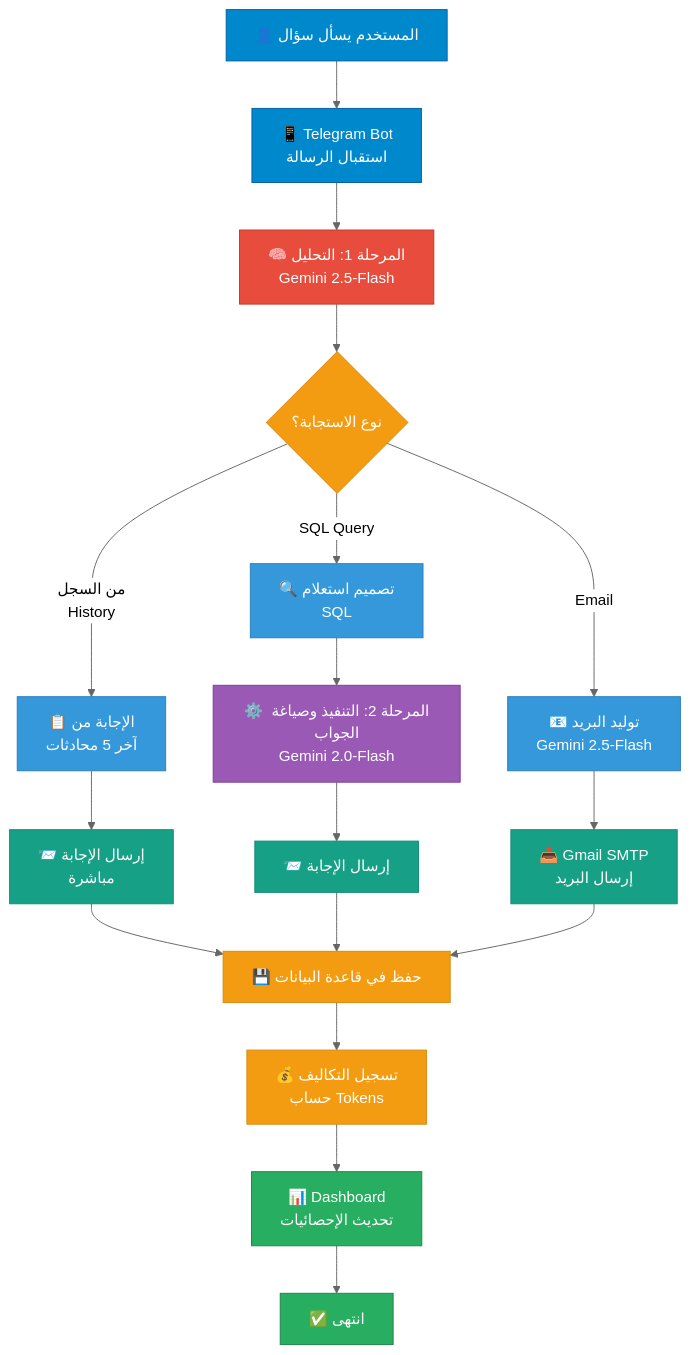
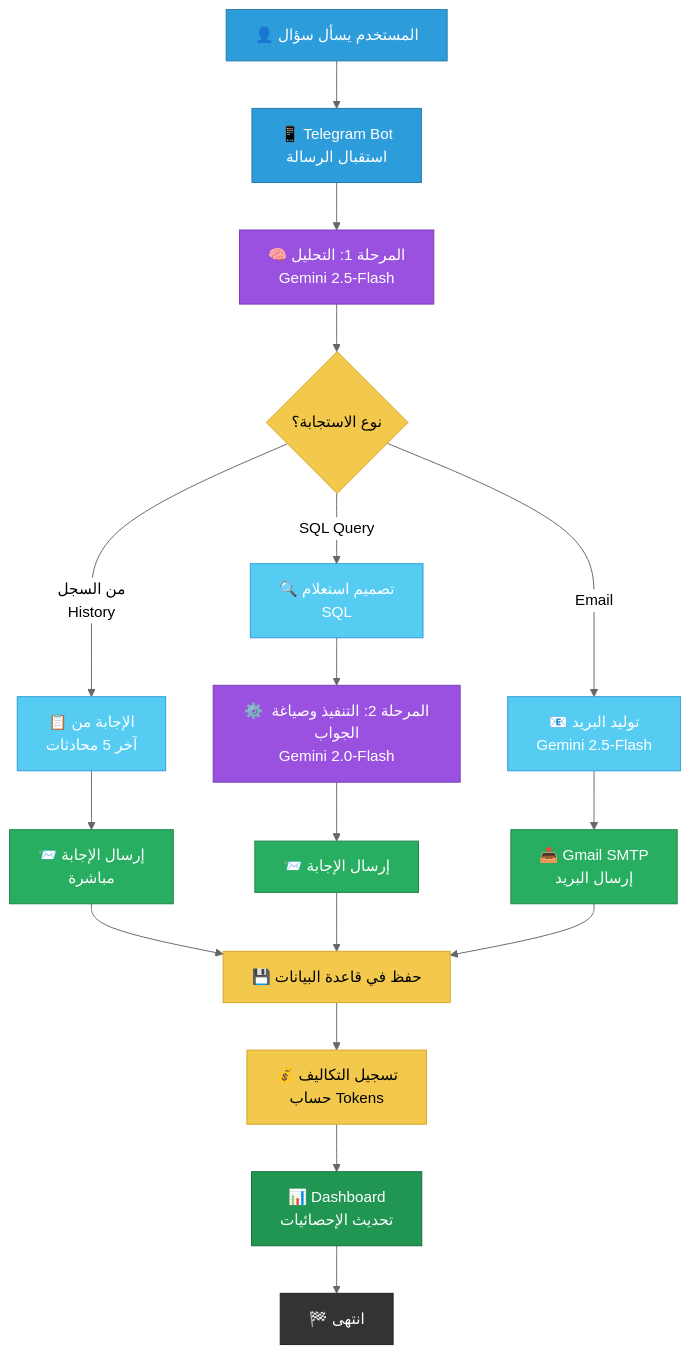
One commit to Bek0/AI-Telegram-Bot changed the first of 2 diagrams in README.md. Above: the diagram before and after it, drawn with Mermaid (neutral theme).

Commit message:
Refactor flowchart paths and update colors

````diff
--- a/README.md
+++ b/README.md
@@ -8,45 +8,52 @@
 ```mermaid
 graph TD
     Start["👤 المستخدم يسأل سؤال"] --> Input["📱 Telegram Bot<br/>استقبال الرسالة"]
     Input --> Stage1["🧠 المرحلة 1: التحليل<br/>Gemini 2.5-Flash"]
     
     Stage1 --> Decide{نوع الاستجابة؟}
     
-    %% Path 1: Direct Answer from History
+    %% Path 1
     Decide -->|من السجل<br/>History| DirectPath["📋 الإجابة من<br/>آخر 5 محادثات"]
     DirectPath --> SendDirect["📨 إرسال الإجابة<br/>مباشرة"]
     
-    %% Path 2: SQL Query
+    %% Path 2
     Decide -->|SQL Query| SQLPath["🔍 تصميم استعلام<br/>SQL"]
     SQLPath --> Stage2["⚙️ المرحلة 2: التنفيذ وصياغة الجواب<br/>Gemini 2.0-Flash"]
     Stage2 --> SendSQL["📨 إرسال الإجابة"]
     
-    %% Path 3: Email Generation
+    %% Path 3
     Decide -->|Email| EmailPath["📧 توليد البريد<br/>Gemini 2.5-Flash"]
     EmailPath --> SendEmail["📤 Gmail SMTP<br/>إرسال البريد"]
     
-    %% Logging and Tracking
+    %% Logging
     SendDirect --> SaveConv["💾 حفظ في قاعدة البيانات"]
     SendSQL --> SaveConv
     SendEmail --> SaveConv
     
     SaveConv --> LogCosts["💰 تسجيل التكاليف<br/>حساب Tokens"]
     LogCosts --> Dashboard["📊 Dashboard<br/>تحديث الإحصائيات"]
-    Dashboard --> End["✅ انتهى"]
+    Dashboard --> End["🏁 انتهى"]
     
-    style Start fill:#0088cc,stroke:#005fa3,color:#fff
-    style Input fill:#0088cc,stroke:#005fa3,color:#fff
-    style Stage1 fill:#e74c3c,stroke:#c0392b,color:#fff
-    style Decide fill:#f39c12,stroke:#d68910,color:#fff
-    style DirectPath fill:#3498db,stroke:#2980b9,color:#fff
-    style SendDirect fill:#16a085,stroke:#138d75,color:#fff
-    style SQLPath fill:#3498db,stroke:#2980b9,color:#fff
-    style Stage2 fill:#9b59b6,stroke:#7d3c98,color:#fff
-    style SendSQL fill:#16a085,stroke:#138d75,color:#fff
-    style EmailPath fill:#3498db,stroke:#2980b9,color:#fff
-    style SendEmail fill:#16a085,stroke:#138d75,color:#fff
-    style SaveConv fill:#f39c12,stroke:#d68910,color:#fff
-    style LogCosts fill:#f39c12,stroke:#d68910,color:#fff
-    style Dashboard fill:#27ae60,stroke:#1e8449,color:#fff
-    style End fill:#27ae60,stroke:#1e8449,color:#fff
+    %% Colors (Improved Palette)
+    style Start fill:#2D9CDB,stroke:#2379A8,color:#fff
+    style Input fill:#2D9CDB,stroke:#2379A8,color:#fff
+
+    style Stage1 fill:#9B51E0,stroke:#7B3BB5,color:#fff
+    style Stage2 fill:#9B51E0,stroke:#7B3BB5,color:#fff
+
+    style Decide fill:#F2C94C,stroke:#D4A226,color:#000
+    style SaveConv fill:#F2C94C,stroke:#D4A226,color:#000
+    style LogCosts fill:#F2C94C,stroke:#D4A226,color:#000
+    
+    style DirectPath fill:#56CCF2,stroke:#2D9CDB,color:#fff
+    style SQLPath fill:#56CCF2,stroke:#2D9CDB,color:#fff
+    style EmailPath fill:#56CCF2,stroke:#2D9CDB,color:#fff
+
+    style SendDirect fill:#27AE60,stroke:#1E8449,color:#fff
+    style SendSQL fill:#27AE60,stroke:#1E8449,color:#fff
+    style SendEmail fill:#27AE60,stroke:#1E8449,color:#fff
+    
+    style Dashboard fill:#219653,stroke:#176B3A,color:#fff
+    style End fill:#333333,stroke:#1F1F1F,color:#fff
+
 ```
````
